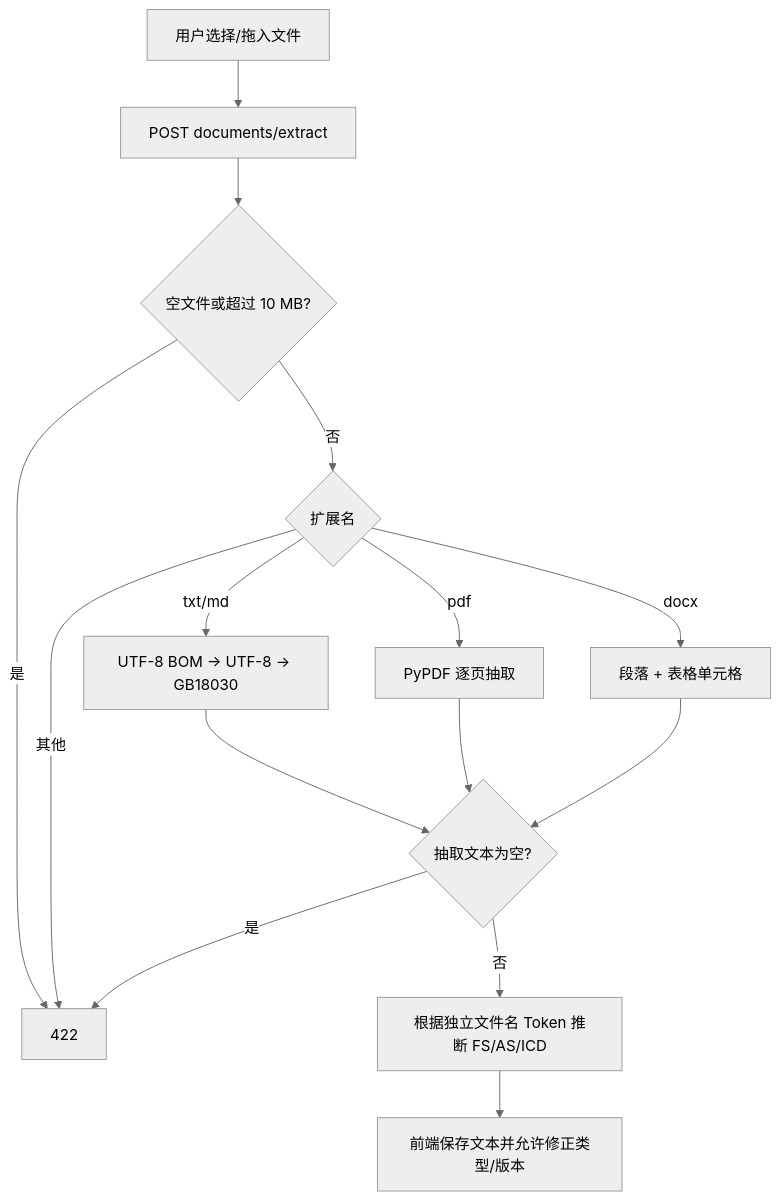
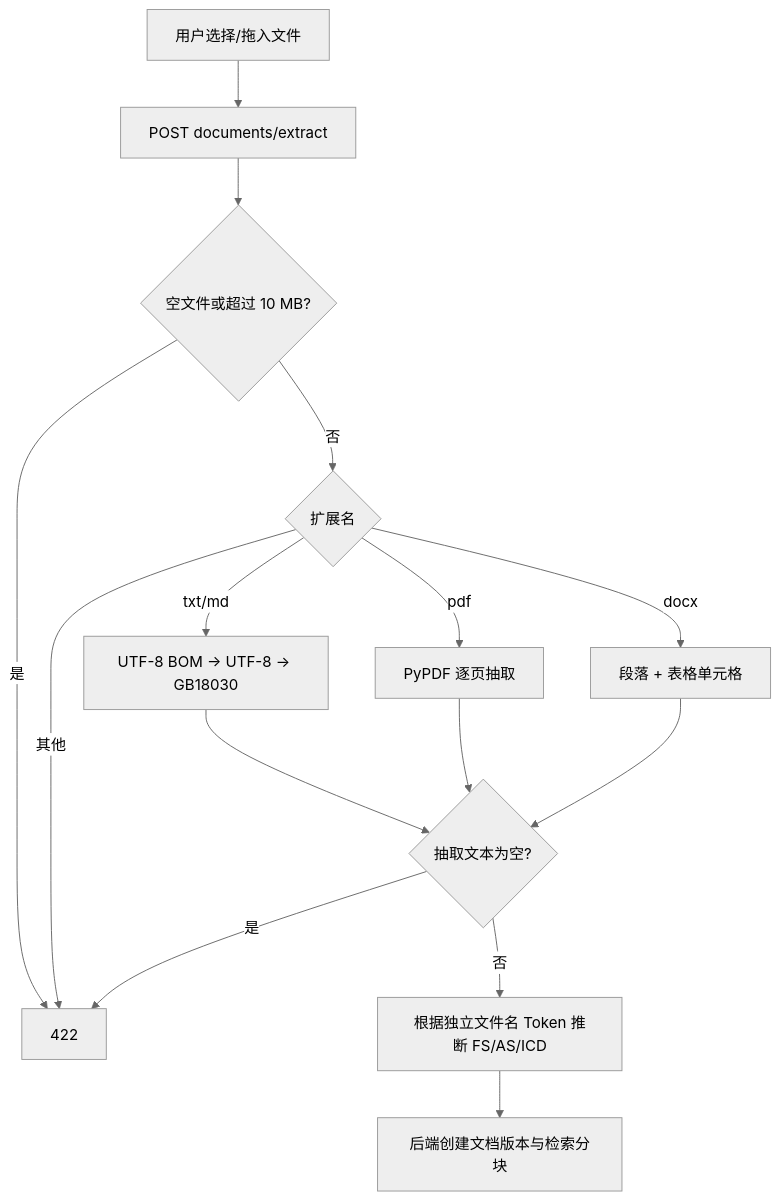
The fourth of 8 diagrams in docs/runtime-flow.md (yaowensial-g/chipDesignAgent), drawn with Mermaid (neutral theme) before and after one commit. The commit also changed other lines of this file and 52 other files, not shown here.

````diff
--- a/docs/runtime-flow.md
+++ b/docs/runtime-flow.md
@@ -299,17 +326,17 @@
 ```mermaid
 flowchart TD
     Select[用户选择/拖入文件] --> Multipart[POST documents/extract]
     Multipart --> Size{空文件或超过 10 MB?}
     Size -->|是| Reject[422]
     Size -->|否| Ext{扩展名}
     Ext -->|txt/md| Decode[UTF-8 BOM → UTF-8 → GB18030]
     Ext -->|pdf| PDF[PyPDF 逐页抽取]
     Ext -->|docx| DOCX[段落 + 表格单元格]
     Ext -->|其他| Reject
     Decode --> Empty{抽取文本为空?}
     PDF --> Empty
     DOCX --> Empty
     Empty -->|是| Reject
     Empty -->|否| Infer[根据独立文件名 Token 推断 FS/AS/ICD]
-    Infer --> Browser[前端保存文本并允许修正类型/版本]
+    Infer --> Store[后端创建文档版本与检索分块]
 ```
````
